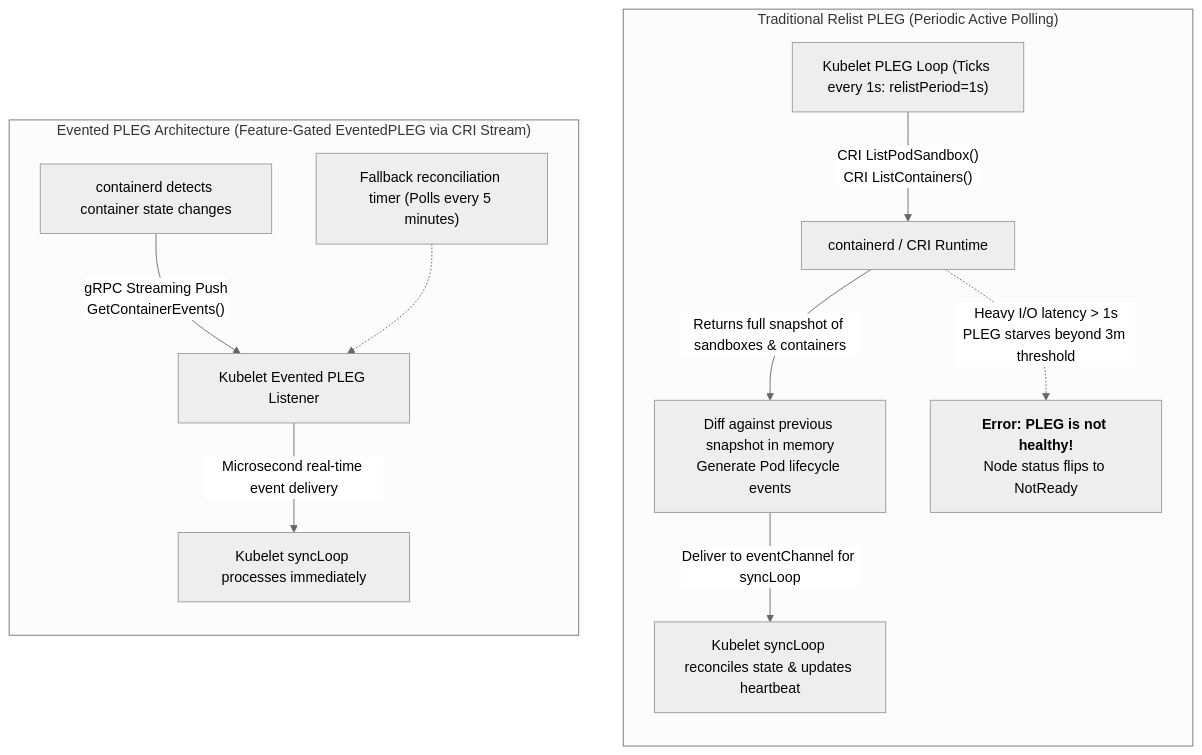
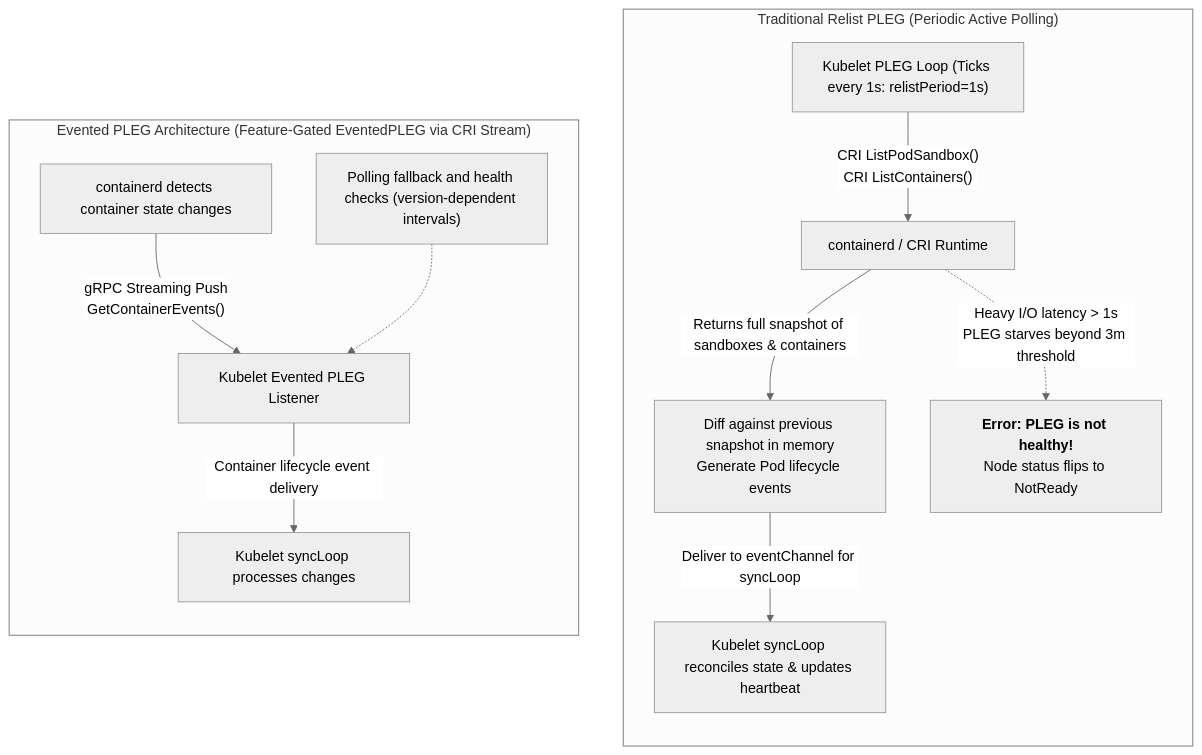
Before and after one commit to ifnodoraemon/ifnodoraemon.github.io: the first of 3 diagrams in content/en/articles/k8s-runtime-nri-kata-gvisor-kernel-tuning.en.md, drawn with Mermaid (neutral theme). The commit also changed other lines of this file and 86 other files, not shown here.

````diff
--- a/content/en/articles/k8s-runtime-nri-kata-gvisor-kernel-tuning.en.md
+++ b/content/en/articles/k8s-runtime-nri-kata-gvisor-kernel-tuning.en.md
@@ -48,17 +49,17 @@
 ```mermaid
 flowchart TD
     subgraph TraditionalPLEG["Traditional Relist PLEG (Periodic Active Polling)"]
         direction TB
         T1["Kubelet PLEG Loop (Ticks every 1s: relistPeriod=1s)"] -->|"CRI ListPodSandbox()<br/>CRI ListContainers()"| T2["containerd / CRI Runtime"]
         T2 -->|"Returns full snapshot of sandboxes & containers"| T3["Diff against previous snapshot in memory<br/>Generate Pod lifecycle events"]
         T3 -->|"Deliver to eventChannel for syncLoop"| T4["Kubelet syncLoop reconciles state & updates heartbeat"]
         T2 -.->|"Heavy I/O latency > 1s<br/>PLEG starves beyond 3m threshold"| T5["<b>Error: PLEG is not healthy!</b><br/>Node status flips to NotReady"]
     end
 
     subgraph EventedPLEG["Evented PLEG Architecture (Feature-Gated EventedPLEG via CRI Stream)"]
         direction TB
         E1["containerd detects container state changes"] -->|"gRPC Streaming Push<br/>GetContainerEvents()"| E2["Kubelet Evented PLEG Listener"]
-        E2 -->|"Microsecond real-time event delivery"| E3["Kubelet syncLoop processes immediately"]
-        E4["Fallback reconciliation timer (Polls every 5 minutes)" ] -.-> E2
+        E2 -->|"Container lifecycle event delivery"| E3["Kubelet syncLoop processes changes"]
+        E4["Polling fallback and health checks (version-dependent intervals)" ] -.-> E2
     end
 ```
````
